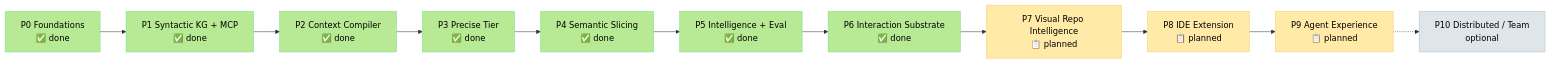
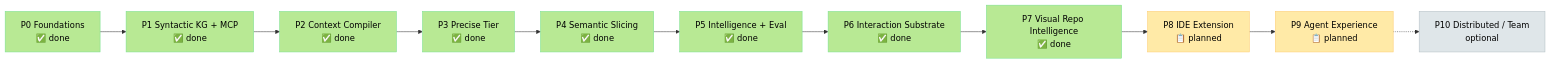
Before and after one commit to Md-Jazbee/prism: the first of 2 diagrams in docs/planning/TASKS-AND-PROGRESS.md, drawn with Mermaid. The commit also changed other lines of this file and 43 other files, not shown here.

First line of the commit message:
Complete Phase 7 and pass the visual-intelligence gate.

````diff
--- a/docs/planning/TASKS-AND-PROGRESS.md
+++ b/docs/planning/TASKS-AND-PROGRESS.md
@@ -33,25 +33,25 @@
 ```mermaid
 flowchart LR
     P0[P0 Foundations<br/>✅ done] --> P1[P1 Syntactic KG + MCP<br/>✅ done]
     P1 --> P2[P2 Context Compiler<br/>✅ done]
     P2 --> P3[P3 Precise Tier<br/>✅ done]
     P3 --> P4[P4 Semantic Slicing<br/>✅ done]
     P4 --> P5[P5 Intelligence + Eval<br/>✅ done]
     P5 --> P6[P6 Interaction Substrate<br/>✅ done]
-    P6 --> P7[P7 Visual Repo Intelligence<br/>📋 planned]
+    P6 --> P7[P7 Visual Repo Intelligence<br/>✅ done]
     P7 --> P8[P8 IDE Extension<br/>📋 planned]
     P8 --> P9[P9 Agent Experience<br/>📋 planned]
     P9 -.-> P10[P10 Distributed / Team<br/>optional]
 
     style P0 fill:#b8e994,stroke:#78e08f,color:#000
     style P1 fill:#b8e994,stroke:#78e08f,color:#000
     style P2 fill:#b8e994,stroke:#78e08f,color:#000
     style P3 fill:#b8e994,stroke:#78e08f,color:#000
     style P4 fill:#b8e994,stroke:#78e08f,color:#000
     style P5 fill:#b8e994,stroke:#78e08f,color:#000
     style P6 fill:#b8e994,stroke:#78e08f,color:#000
-    style P7 fill:#ffeaa7,stroke:#fdcb6e,color:#000
+    style P7 fill:#b8e994,stroke:#78e08f,color:#000
     style P8 fill:#ffeaa7,stroke:#fdcb6e,color:#000
     style P9 fill:#ffeaa7,stroke:#fdcb6e,color:#000
     style P10 fill:#dfe6e9,stroke:#b2bec3,color:#000
 ```
````
